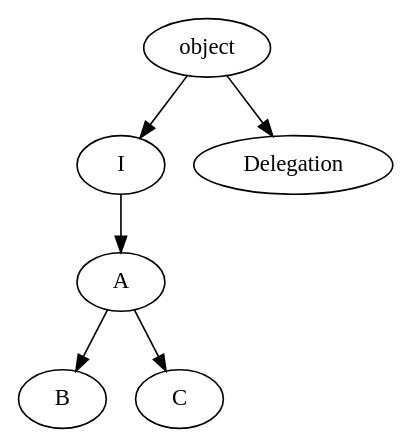
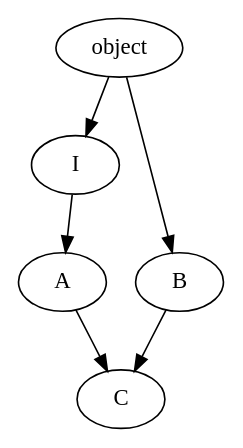
The diagram in project/pictures/graph.gv (italamanova/apa1), drawn with Graphviz before and after one commit. The commit also changed 6 other files, not shown here.

```diff
--- a/project/pictures/graph.gv
+++ b/project/pictures/graph.gv
@@ -1,7 +1,7 @@
 digraph G {
-	A -> B
+	I -> A
 	A -> C
-	I -> A
-	object -> Delegation
 	object -> I
+	object -> B
+	B -> C
 }
```
